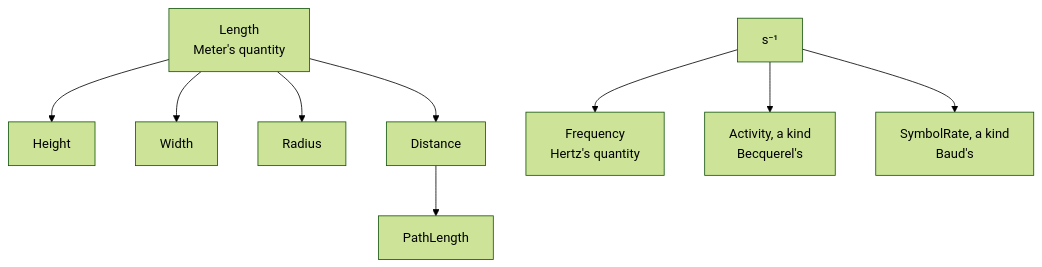
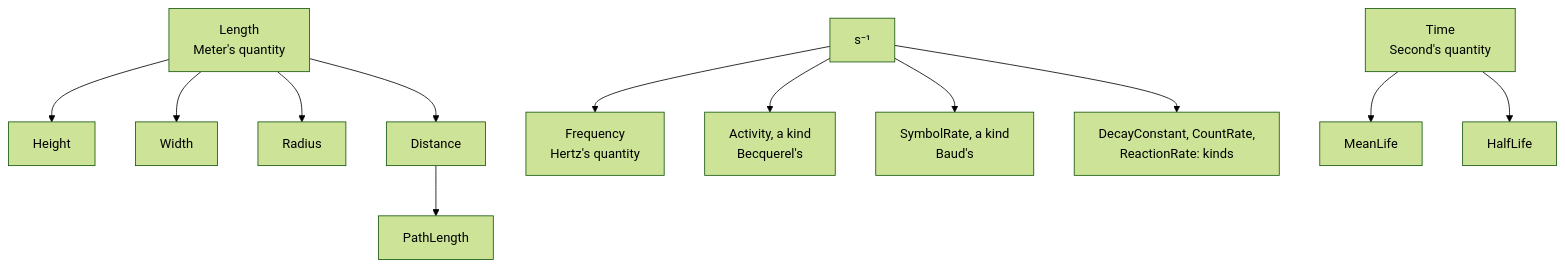
One commit to romixlab/exact_units changed the diagram in docs/maths/quantities.md. Above: the diagram before and after it, drawn with Mermaid (forest theme). The commit also changed 12 other files, not shown here.

First line of the commit message:
feat(quantities): decay constant, count rate, reaction rate, fluence and their steps (UNIT-13)

````diff
--- a/docs/maths/quantities.md
+++ b/docs/maths/quantities.md
@@ -16,10 +16,13 @@
 ```mermaid
 graph TD
   L["Length<br/>Meter's quantity"] --> H["Height"]
   L --> W["Width"]
   L --> R["Radius"]
   L --> D["Distance"] --> P["PathLength"]
   S["s⁻¹"] --> F["Frequency<br/>Hertz's quantity"]
   S --> A["Activity, a kind<br/>Becquerel's"]
   S --> SR["SymbolRate, a kind<br/>Baud's"]
+  S --> DC["DecayConstant, CountRate,<br/>ReactionRate: kinds"]
+  T["Time<br/>Second's quantity"] --> ML["MeanLife"]
+  T --> HL["HalfLife"]
 ```
````
